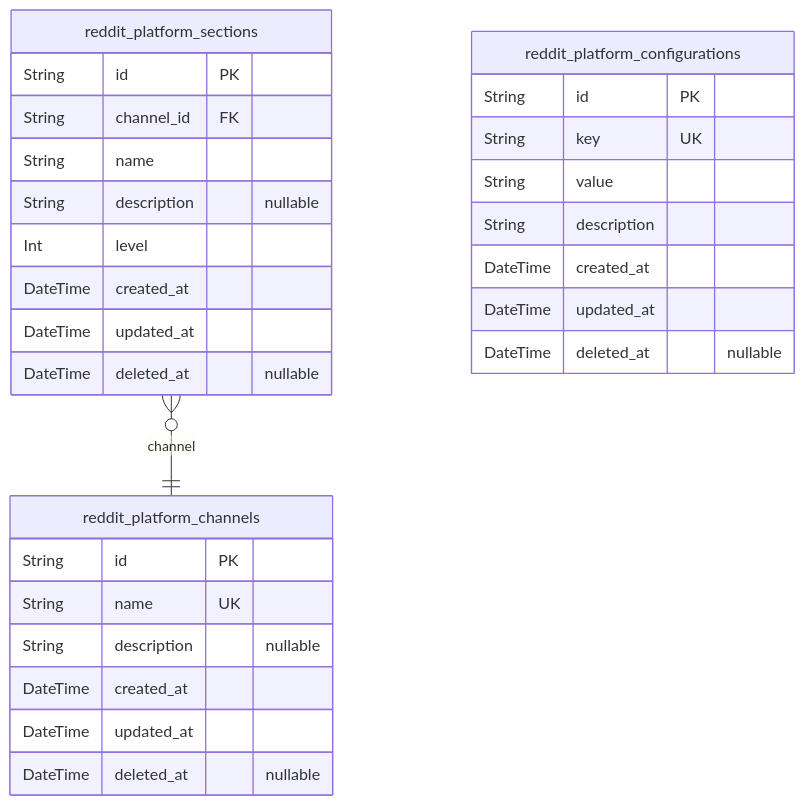
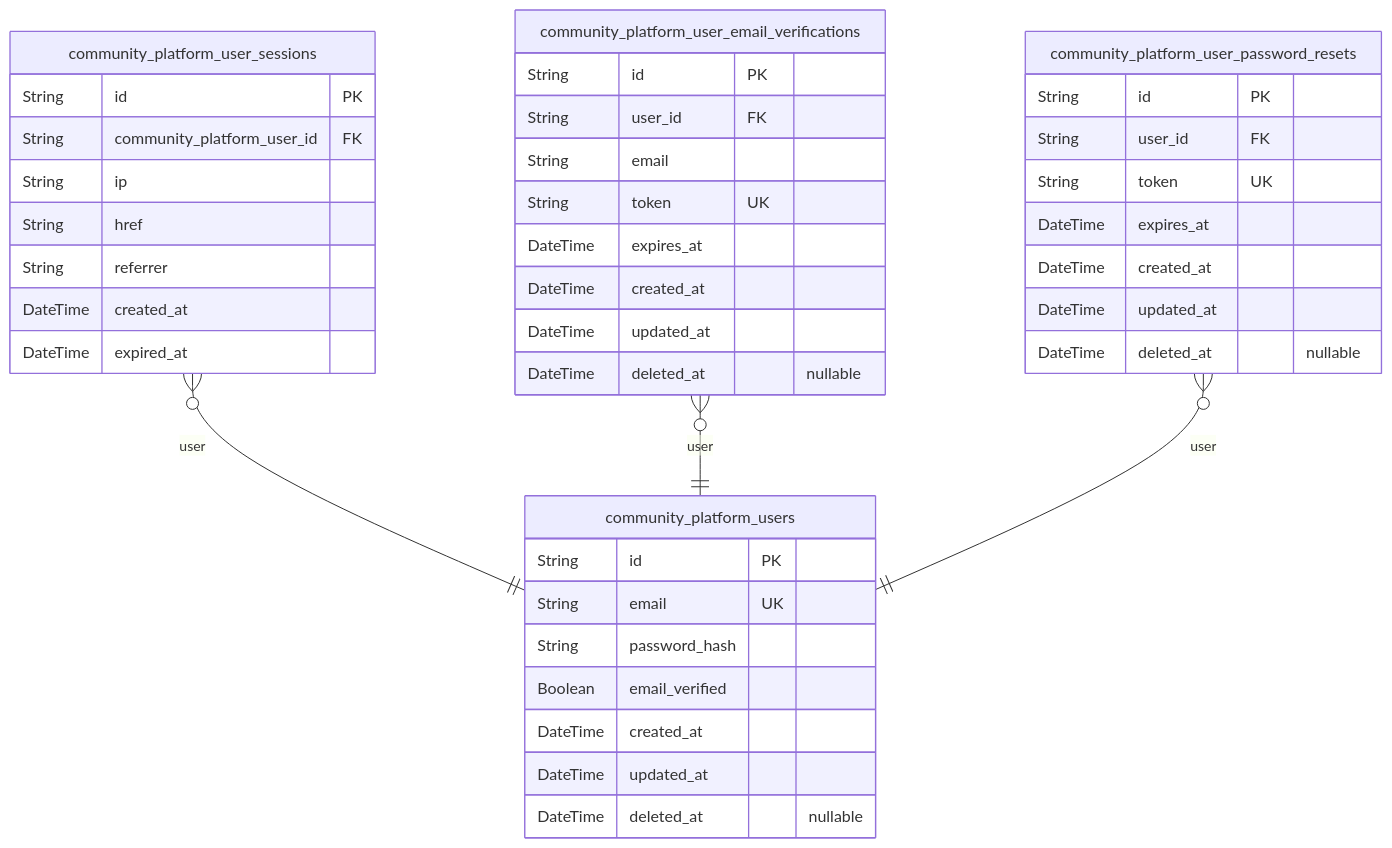
The first of 8 diagrams in qwen/qwen3-30b-a3b-thinking-2507/reddit/docs/ERD.md (wrtnlabs/autobe-examples), drawn with Mermaid before and after one commit. The commit also changed other lines of this file and 9391 other files, not shown here.

````diff
--- a/qwen/qwen3-30b-a3b-thinking-2507/reddit/docs/ERD.md
+++ b/qwen/qwen3-30b-a3b-thinking-2507/reddit/docs/ERD.md
@@ -16,31 +16,43 @@
 ```mermaid
 erDiagram
-"reddit_platform_channels" {
+"community_platform_users" {
   String id PK
-  String name UK
-  String description "nullable"
+  String email UK
+  String password_hash
+  Boolean email_verified
   DateTime created_at
   DateTime updated_at
   DateTime deleted_at "nullable"
 }
-"reddit_platform_sections" {
+"community_platform_user_sessions" {
   String id PK
-  String channel_id FK
-  String name
-  String description "nullable"
-  Int level
+  String community_platform_user_id FK
+  String ip
+  String href
+  String referrer
+  DateTime created_at
+  DateTime expired_at
+}
+"community_platform_user_email_verifications" {
+  String id PK
+  String user_id FK
+  String email
+  String token UK
+  DateTime expires_at
   DateTime created_at
   DateTime updated_at
   DateTime deleted_at "nullable"
 }
-"reddit_platform_configurations" {
+"community_platform_user_password_resets" {
   String id PK
-  String key UK
-  String value
-  String description
+  String user_id FK
+  String token UK
+  DateTime expires_at
   DateTime created_at
   DateTime updated_at
   DateTime deleted_at "nullable"
 }
-"reddit_platform_sections" }o--|| "reddit_platform_channels" : channel
+"community_platform_user_sessions" }o--|| "community_platform_users" : user
+"community_platform_user_email_verifications" }o--|| "community_platform_users" : user
+"community_platform_user_password_resets" }o--|| "community_platform_users" : user
 ```
````
